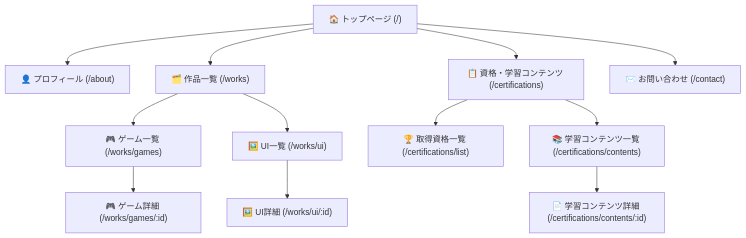
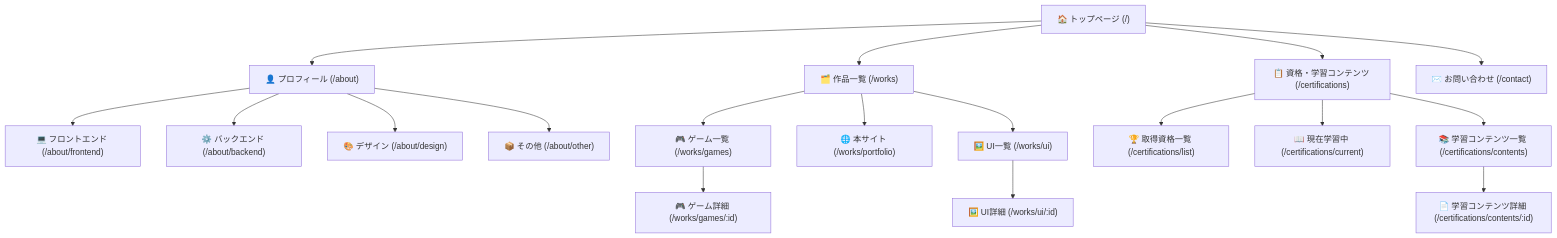
One commit to kuroHigasi/site-plan-private changed the first of 3 diagrams in 01_DOCS/02_サイト構成/画面遷移図.md. Above: the diagram before and after it, drawn with Mermaid. The commit also changed other lines of this file and 10 other files, not shown here.

Commit message:
add: プロフィールページの詳細セクションを作成（フロントエンド、バックエンド、デザイン、その他）し、関連するスキル表示機能を追加。また、新規ログイン画面要件を定義し、サイト構成図・画面遷移図・サイトマップを更新。

````diff
--- a/01_DOCS/02_サイト構成/画面遷移図.md
+++ b/01_DOCS/02_サイト構成/画面遷移図.md
@@ -9,30 +9,43 @@
 ```mermaid
 flowchart TD
     TOP["🏠 トップページ (/)"]
     ABOUT["👤 プロフィール (/about)"]
+    ABOUT_FE["💻 フロントエンド (/about/frontend)"]
+    ABOUT_BE["⚙️ バックエンド (/about/backend)"]
+    ABOUT_DESIGN["🎨 デザイン (/about/design)"]
+    ABOUT_OTHER["📦 その他 (/about/other)"]
     WORKS["🗂️ 作品一覧 (/works)"]
     GAMES["🎮 ゲーム一覧 (/works/games)"]
     GAME_DETAIL["🎮 ゲーム詳細 (/works/games/:id)"]
+    PORTFOLIO["🌐 本サイト (/works/portfolio)"]
     UI["🖼️ UI一覧 (/works/ui)"]
     UI_DETAIL["🖼️ UI詳細 (/works/ui/:id)"]
     CERT["📋 資格・学習コンテンツ (/certifications)"]
     CERT_LIST["🏆 取得資格一覧 (/certifications/list)"]
+    CERT_CURRENT["📖 現在学習中 (/certifications/current)"]
     CERT_CONTENTS["📚 学習コンテンツ一覧 (/certifications/contents)"]
     CERT_DETAIL["📄 学習コンテンツ詳細 (/certifications/contents/:id)"]
     CONTACT["✉️ お問い合わせ (/contact)"]
 
     TOP --> ABOUT
     TOP --> WORKS
     TOP --> CERT
     TOP --> CONTACT
 
+    ABOUT --> ABOUT_FE
+    ABOUT --> ABOUT_BE
+    ABOUT --> ABOUT_DESIGN
+    ABOUT --> ABOUT_OTHER
+
     WORKS --> GAMES
+    WORKS --> PORTFOLIO
     WORKS --> UI
 
     GAMES --> GAME_DETAIL
     UI --> UI_DETAIL
 
     CERT --> CERT_LIST
+    CERT --> CERT_CURRENT
     CERT --> CERT_CONTENTS
     CERT_CONTENTS --> CERT_DETAIL
 ```
````
